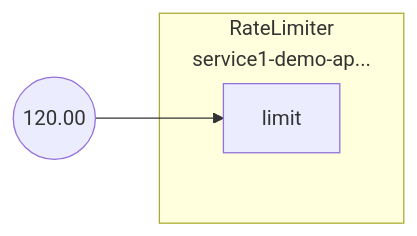
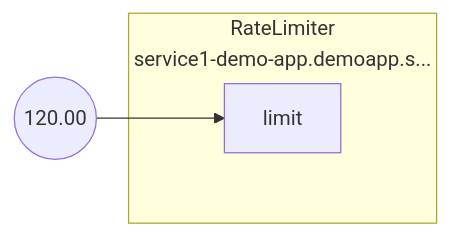
One commit to dataongunlaws/aperture changed the diagram in docs/content/tutorials/integrations/flow-control/rate-limiting/assets/static-rate-limiting/static-rate-limiting.mmd. Above: the diagram before and after it, drawn with Mermaid. The commit also changed 60 other files, not shown here.

First line of the commit message:
mermaid: do not render unused ports (#1218)

```diff
--- a/docs/content/tutorials/integrations/flow-control/rate-limiting/assets/static-rate-limiting/static-rate-limiting.mmd
+++ b/docs/content/tutorials/integrations/flow-control/rate-limiting/assets/static-rate-limiting/static-rate-limiting.mmd
@@ -1,9 +1,9 @@
 flowchart LR
-subgraph root.0[<center>RateLimiter<br/>service1-demo-ap...</center>]
+FakeConstant0((120.00))
+FakeConstant0 --> root.0limit
+subgraph root.0[<center>RateLimiter<br/>service1-demo-app.demoapp.s...</center>]
 subgraph root.0_inports[ ]
 style root.0_inports fill:none,stroke:none
 root.0limit[limit]
 end
 end
-FakeConstant0((120.00))
-FakeConstant0 --> root.0limit
```
